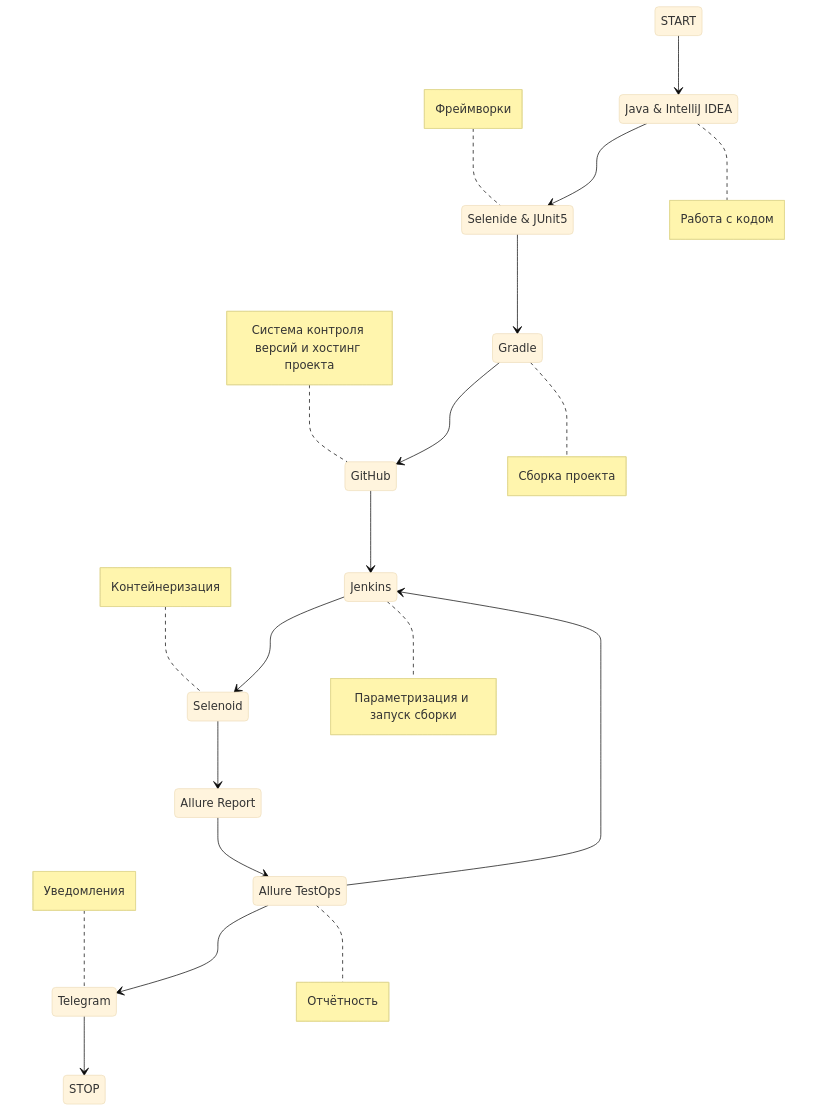
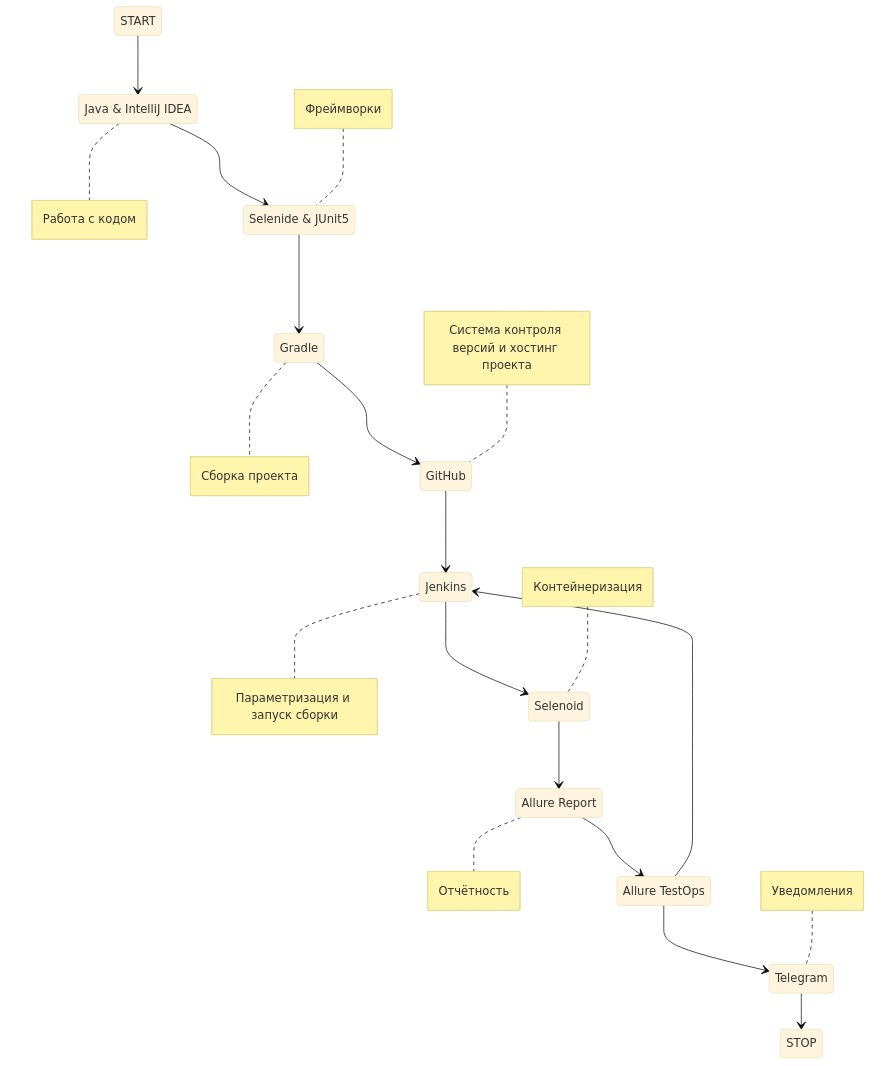
Before and after one commit to ddmitrishin/ui_diploma: the diagram in README.md, drawn with Mermaid (base theme).

Commit message:
refactor readmy

````diff
--- a/README.md
+++ b/README.md
@@ -47,33 +47,33 @@
 ```mermaid        
     stateDiagram-v2
         State1: START
         State2: Java & IntelliJ IDEA
         State3: Selenide & JUnit5
         State4: Gradle
         State5: GitHub
         State6: Jenkins
         State7: Selenoid
         State8: Allure Report
         State9: Allure TestOps
         State10: Telegram
         State11: STOP
         State1 --> State2
         State2 --> State3
         State3 --> State4
         State4 --> State5
         State5 --> State6
         State6 --> State7
         State7 --> State8
         State8 --> State9
         State9 --> State10
         State10 --> State11
         State9 --> State6
         note right of State2 : Работа с кодом
         note left of State3 : Фреймворки
         note right of State4 : Сборка проекта
         note left of State5 : Система контроля версий и хостинг проекта
         note right of State6 : Параметризация и запуск сборки
         note left of State7 : Контейнеризация
-        note right of State9 : Отчётность
+        note right of State8 : Отчётность
         note left of State10 : Уведомления
 ```
````
